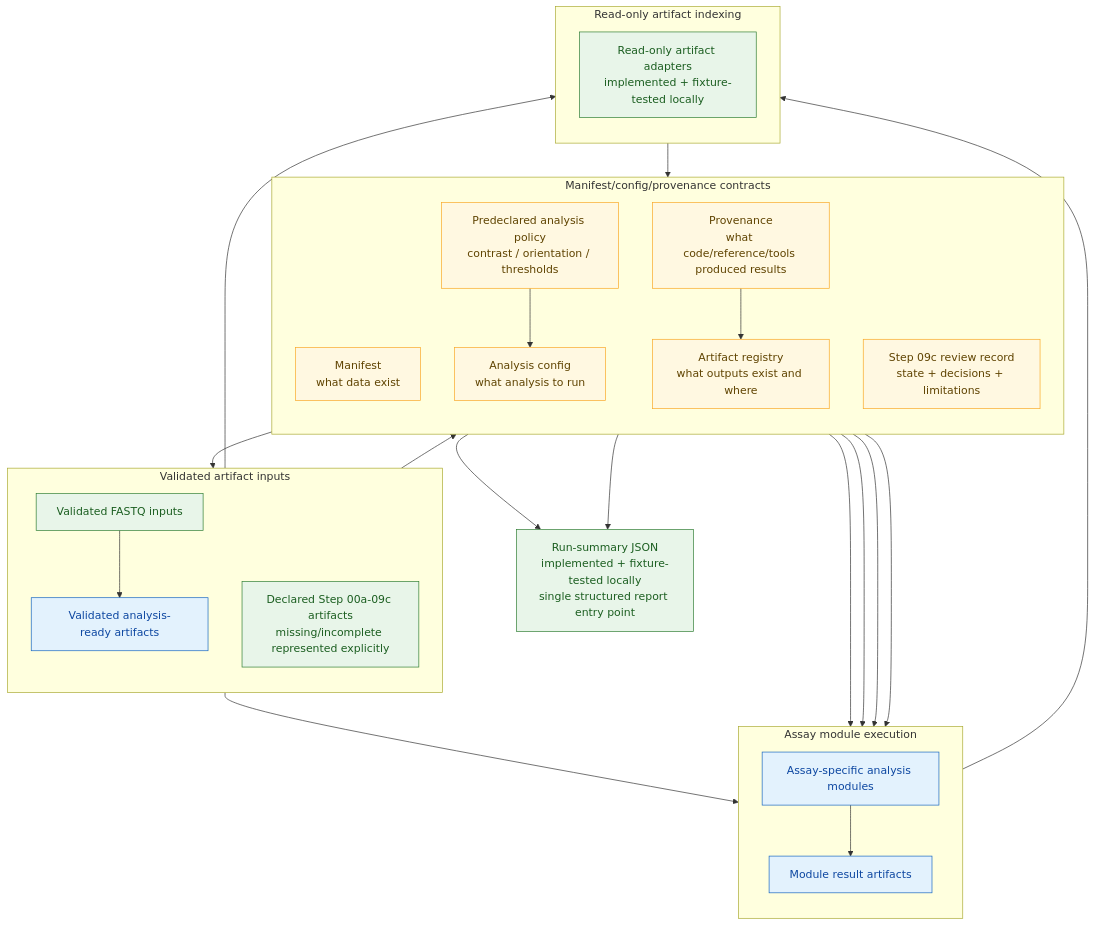
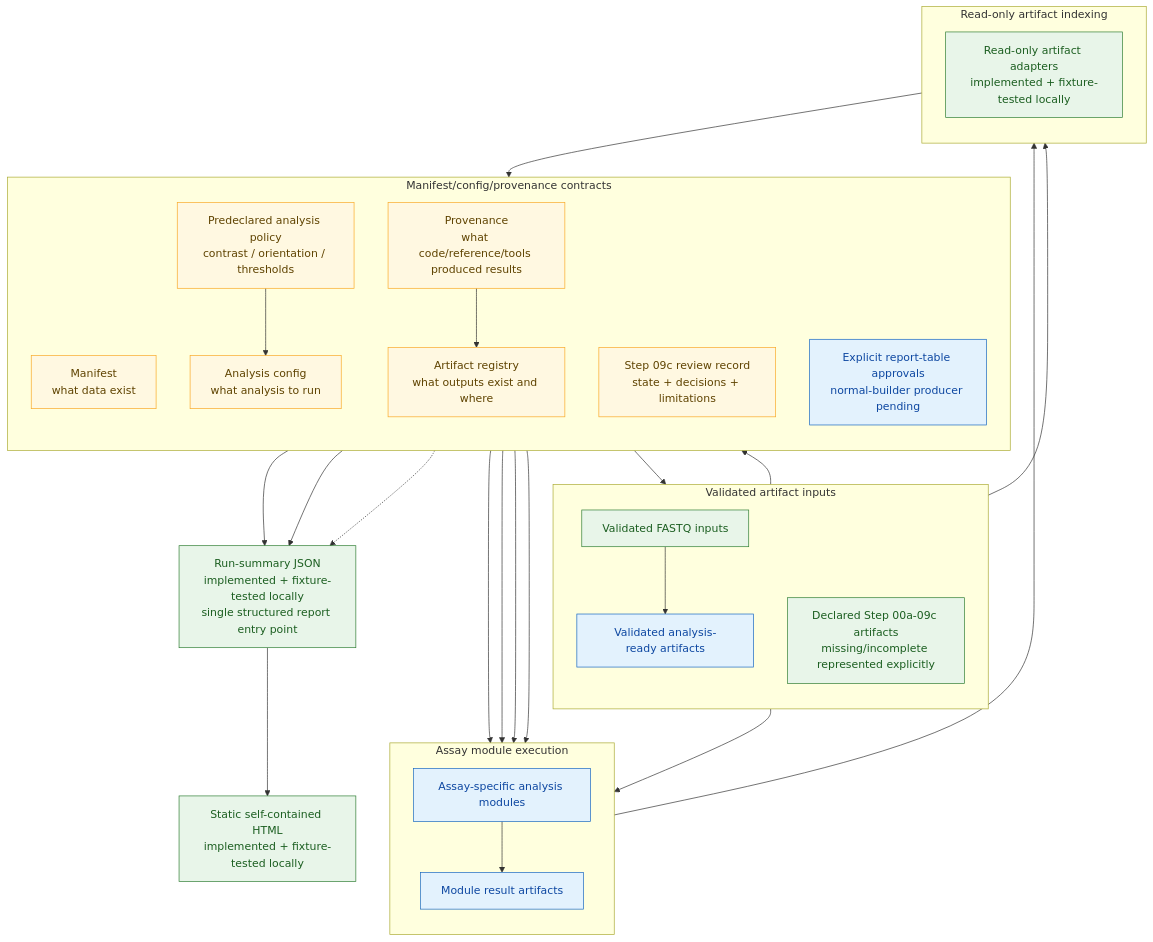
Before and after one commit to lab-cats/EMRYS: the third of 4 diagrams in docs/architecture/FUTURE_ARCHITECTURE.md, drawn with Mermaid. The commit also changed other lines of this file and 18 other files, not shown here.

Commit message:
report html v1 docpatch

````diff
--- a/docs/architecture/FUTURE_ARCHITECTURE.md
+++ b/docs/architecture/FUTURE_ARCHITECTURE.md
@@ -198,53 +217,56 @@
 ```mermaid
 flowchart TD
     classDef current fill:#e8f5e9,stroke:#2e7d32,color:#1b5e20
     classDef future fill:#e3f2fd,stroke:#1565c0,color:#0d47a1
     classDef contract fill:#fff8e1,stroke:#f9a825,color:#5f4300
     classDef reporting fill:#f3e5f5,stroke:#6a1b9a,color:#4a148c
 
     subgraph contracts["Manifest/config/provenance contracts"]
         direction TB
         manifest["Manifest<br/>what data exist"]
         config["Analysis config<br/>what analysis to run"]
         policy["Predeclared analysis policy<br/>contrast / orientation / thresholds"]
         review["Step 09c review record<br/>state + decisions + limitations"]
         provenance["Provenance<br/>what code/reference/tools produced results"]
         registry["Artifact registry<br/>what outputs exist and where"]
+        report_approval["Explicit report-table approvals<br/>normal-builder producer pending"]
     end
 
     subgraph artifacts["Validated artifact inputs"]
         direction TB
         fastqs["Validated FASTQ inputs"]
         ready["Validated analysis-ready artifacts"]
         existing["Declared Step 00a-09c artifacts<br/>missing/incomplete represented explicitly"]
     end
 
     subgraph modules["Assay module execution"]
         direction TB
         module["Assay-specific analysis modules"]
         results["Module result artifacts"]
     end
 
     subgraph indexing["Read-only artifact indexing"]
         direction TB
         adapters["Read-only artifact adapters<br/>implemented + fixture-tested locally"]
     end
 
     manifest --> fastqs --> ready
     manifest --> module
     config --> module
     policy --> config
     policy --> module
     ready --> module
     provenance --> module
     module --> results --> adapters --> registry
     existing --> adapters
     existing --> review
     provenance --> registry
     registry --> reports["Run-summary JSON<br/>implemented + fixture-tested locally<br/>single structured report entry point"]
     review --> reports
+    report_approval -.-> reports
+    reports --> html_report["Static self-contained HTML<br/>implemented + fixture-tested locally"]
 
     class manifest,config,policy,review,provenance,registry contract
-    class fastqs,existing,adapters,reports current
-    class ready,module,results future
+    class fastqs,existing,adapters,reports,html_report current
+    class ready,module,results,report_approval future
 ```
````
